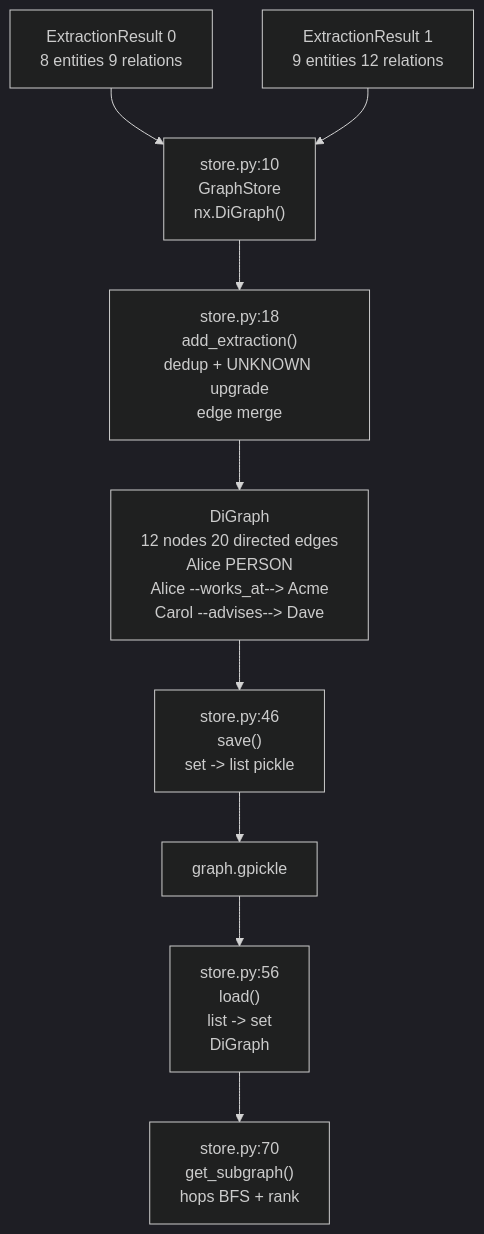
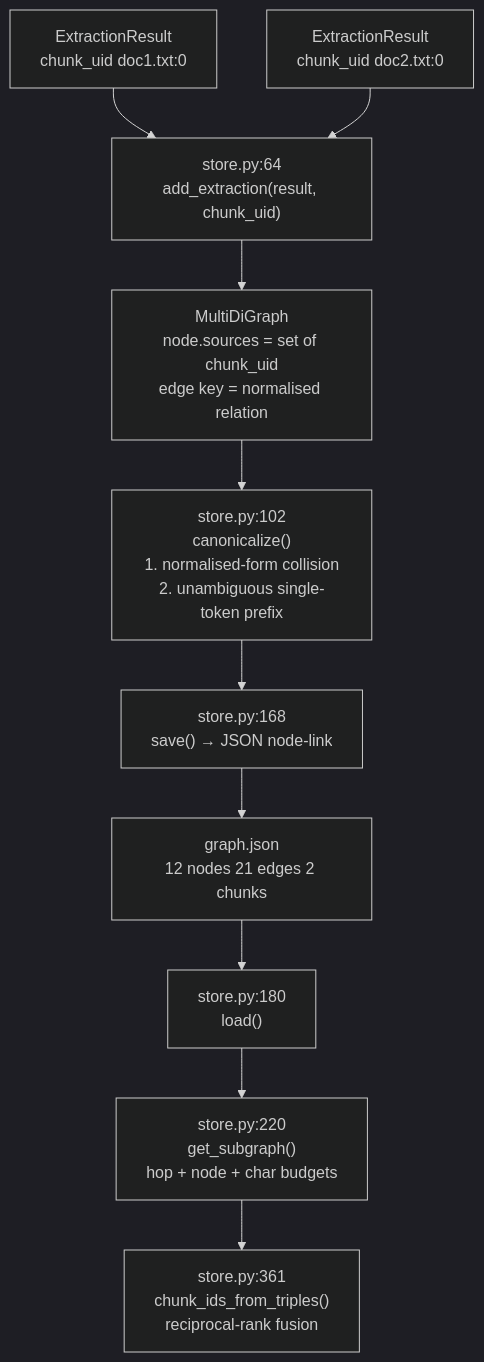
One commit to manishwvn/graph_rag changed the fourth of 9 diagrams in LEARNINGS.md. Above: the diagram before and after it, drawn with Mermaid (dark theme). The commit also changed other lines of this file and 30 other files, not shown here.

First line of the commit message:
feat: vector vs graph RAG comparison, with a corrected evaluation

````diff
--- a/LEARNINGS.md
+++ b/LEARNINGS.md
@@ -132,11 +144,12 @@
 ```mermaid
 graph TD
-  E1["ExtractionResult 0<br/>8 entities 9 relations"] --> GS["store.py:10<br/>GraphStore<br/>nx.DiGraph()"]
-  E2["ExtractionResult 1<br/>9 entities 12 relations"] --> GS
-  GS --> AE["store.py:18<br/>add_extraction()<br/>dedup + UNKNOWN upgrade<br/>edge merge"]
-  AE --> GRAPH["DiGraph<br/>12 nodes 20 directed edges<br/>Alice PERSON<br/>Alice --works_at--> Acme<br/>Carol --advises--> Dave"]
-  GRAPH --> SV["store.py:46<br/>save()<br/>set -> list pickle"]
-  SV --> PKL["graph.gpickle"]
-  PKL --> LD["store.py:56<br/>load()<br/>list -> set<br/>DiGraph"]
-  LD --> BFS["store.py:70<br/>get_subgraph()<br/>hops BFS + rank"]
+  E1["ExtractionResult<br/>chunk_uid doc1.txt:0"] --> AE["store.py:64<br/>add_extraction(result, chunk_uid)"]
+  E2["ExtractionResult<br/>chunk_uid doc2.txt:0"] --> AE
+  AE --> MG["MultiDiGraph<br/>node.sources = set of chunk_uid<br/>edge key = normalised relation"]
+  MG --> CAN["store.py:102<br/>canonicalize()<br/>1. normalised-form collision<br/>2. unambiguous single-token prefix"]
+  CAN --> SV["store.py:168<br/>save() → JSON node-link"]
+  SV --> JS["graph.json<br/>12 nodes 21 edges 2 chunks"]
+  JS --> LDG["store.py:180<br/>load()"]
+  LDG --> SUB["store.py:220<br/>get_subgraph()<br/>hop + node + char budgets"]
+  SUB --> CID["store.py:361<br/>chunk_ids_from_triples()<br/>reciprocal-rank fusion"]
 ```
````
